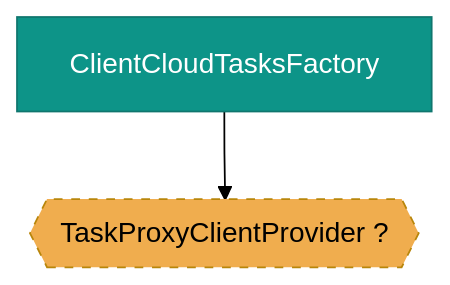
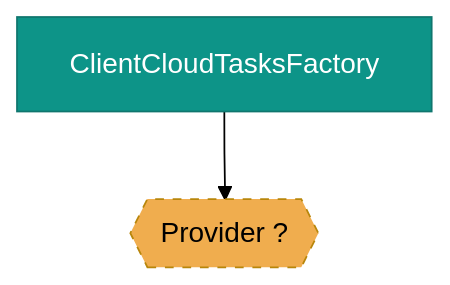
One commit to deanhiller/webpieces-ts changed the diagram in packages/cloud/cloudtasks-client/design.md. Above: the diagram before and after it, drawn with Mermaid (forest theme). The commit also changed 23 other files, not shown here.

````diff
--- a/packages/cloud/cloudtasks-client/design.md
+++ b/packages/cloud/cloudtasks-client/design.md
@@ -13,11 +13,11 @@
 ```mermaid
 graph TD
     ClientCloudTasksFactory["ClientCloudTasksFactory"]:::apiImpl
-    TaskProxyClientProvider{{"TaskProxyClientProvider ?"}}:::unresolved
-    ClientCloudTasksFactory --> TaskProxyClientProvider
+    Provider_TaskProxyClient_{{"Provider<TaskProxyClient> ?"}}:::unresolved
+    ClientCloudTasksFactory --> Provider_TaskProxyClient_
     classDef controller fill:#1f6feb,color:#ffffff,stroke:#0d419d
     classDef apiImpl fill:#0d9488,color:#ffffff,stroke:#0f766e
     classDef component fill:#2da44e,color:#ffffff,stroke:#1a7f37
     classDef unresolved fill:#f0ad4e,color:#000000,stroke:#b8860b,stroke-dasharray: 5 5
     classDef external fill:#b39ddb,color:#000000,stroke:#5e35b1,stroke-width:3px
 ```
````
